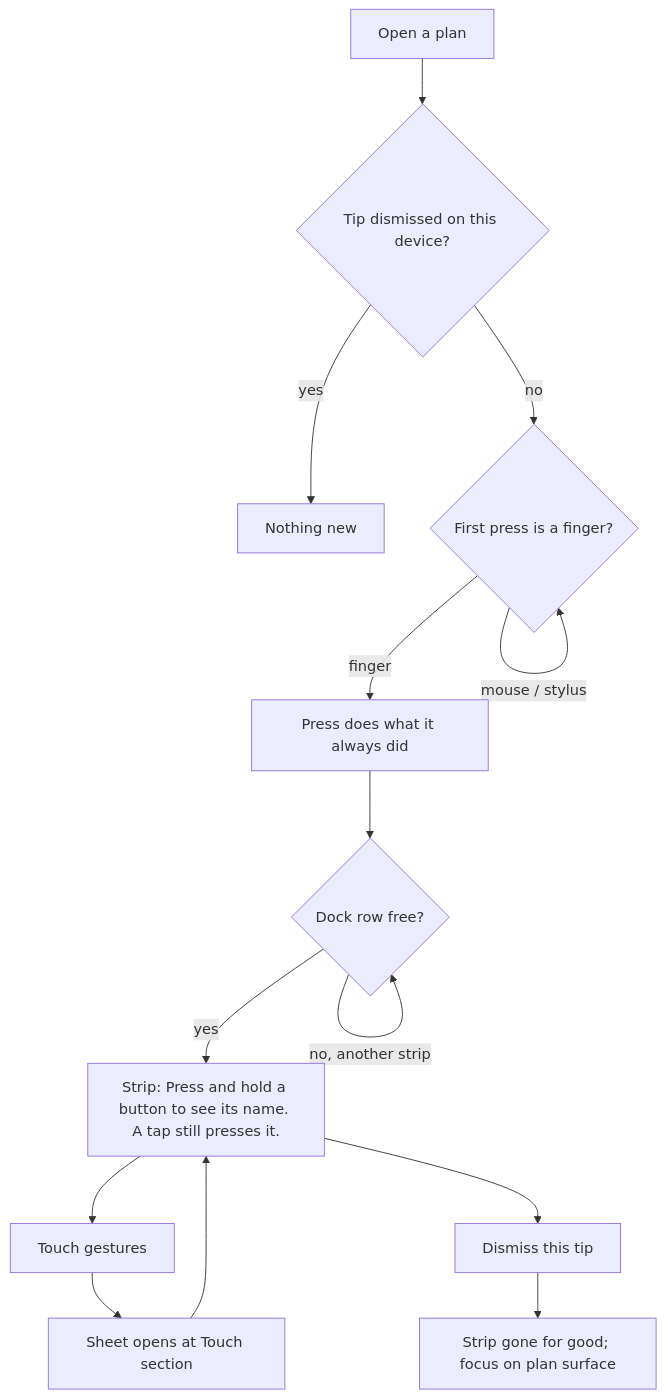
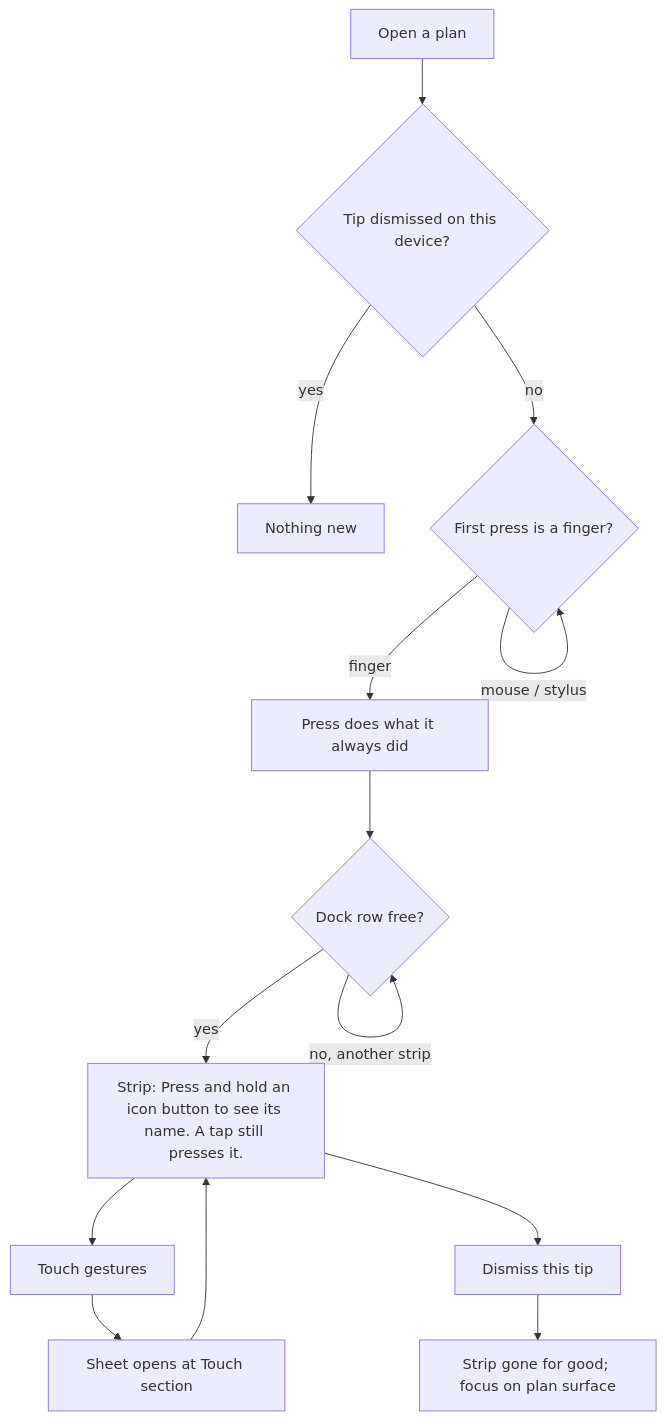
One commit to HuttonHomeHub/SchedulePoint_1 changed the third of 3 diagrams in docs/specs/long-press-hint/spec.md. Above: the diagram before and after it, drawn with Mermaid. The commit also changed other lines of this file and 39 other files, not shown here.

````diff
--- a/docs/specs/long-press-hint/spec.md
+++ b/docs/specs/long-press-hint/spec.md
@@ -248,13 +249,13 @@
 ```mermaid
 flowchart TD
   A[Open a plan] --> B{Tip dismissed on this device?}
   B -- yes --> Z[Nothing new]
   B -- no --> C{First press is a finger?}
   C -- mouse / stylus --> C
   C -- finger --> D[Press does what it always did]
   D --> E{Dock row free?}
   E -- no, another strip --> E
-  E -- yes --> F["Strip: Press and hold a button to see its name. A tap still presses it."]
+  E -- yes --> F["Strip: Press and hold an icon button to see its name. A tap still presses it."]
   F --> G[Touch gestures] --> H[Sheet opens at Touch section] --> F
   F --> I[Dismiss this tip] --> J[Strip gone for good; focus on plan surface]
 ```
````
